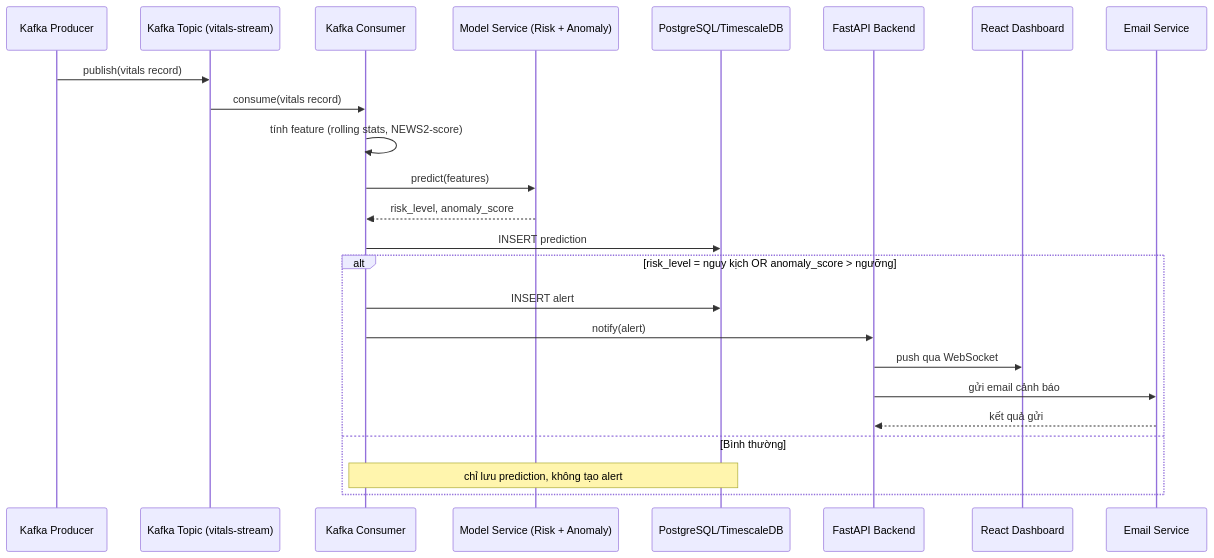
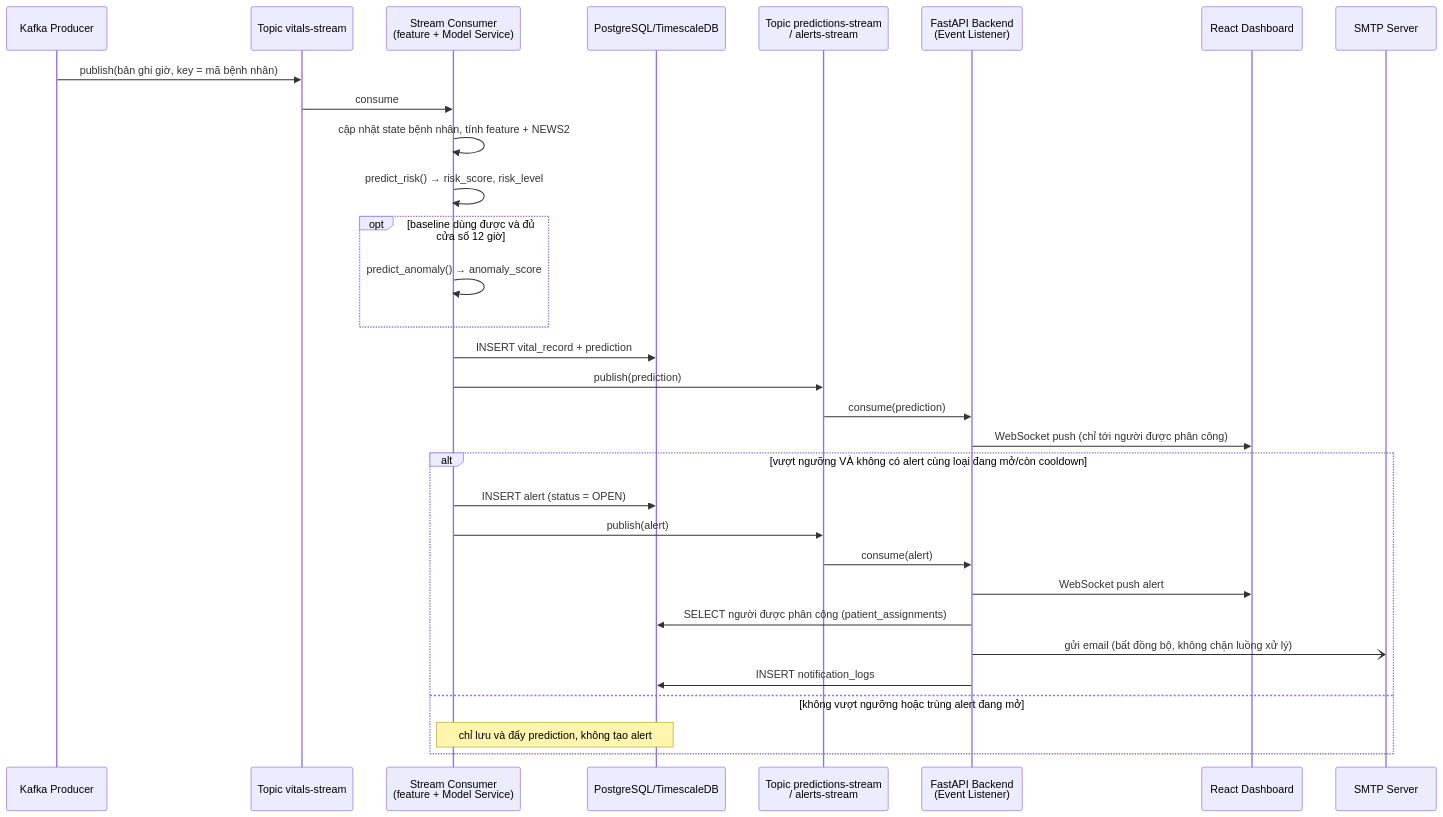
Before and after one commit to MinhNguyen1007/Remote-patient-monitoring-system-using-Streaming-MLOps: the first of 3 diagrams in docs/design/02_4_sequence.md, drawn with Mermaid. The commit also changed other lines of this file and 21 other files, not shown here.

````diff
--- a/docs/design/02_4_sequence.md
+++ b/docs/design/02_4_sequence.md
@@ -5,27 +5,34 @@
 ```mermaid
 sequenceDiagram
     participant P as Kafka Producer
-    participant K as Kafka Topic (vitals-stream)
-    participant C as Kafka Consumer
-    participant M as Model Service (Risk + Anomaly)
+    participant KV as Topic vitals-stream
+    participant C as Stream Consumer<br/>(feature + Model Service)
     participant DB as PostgreSQL/TimescaleDB
-    participant BE as FastAPI Backend
+    participant KE as Topic predictions-stream<br/>/ alerts-stream
+    participant BE as FastAPI Backend<br/>(Event Listener)
     participant FE as React Dashboard
-    participant Mail as Email Service
+    participant Mail as SMTP Server
 
-    P->>K: publish(vitals record)
-    K->>C: consume(vitals record)
-    C->>C: tính feature (rolling stats, NEWS2-score)
-    C->>M: predict(features)
-    M-->>C: risk_level, anomaly_score
-    C->>DB: INSERT prediction
-    alt risk_level = nguy kịch OR anomaly_score > ngưỡng
-        C->>DB: INSERT alert
-        C->>BE: notify(alert)
-        BE->>FE: push qua WebSocket
-        BE->>Mail: gửi email cảnh báo
-        Mail-->>BE: kết quả gửi
-    else Bình thường
-        Note over C,DB: chỉ lưu prediction, không tạo alert
+    P->>KV: publish(bản ghi giờ, key = mã bệnh nhân)
+    KV->>C: consume
+    C->>C: cập nhật state bệnh nhân, tính feature + NEWS2
+    C->>C: predict_risk() → risk_score, risk_level
+    opt baseline dùng được và đủ cửa sổ 12 giờ
+        C->>C: predict_anomaly() → anomaly_score
+    end
+    C->>DB: INSERT vital_record + prediction
+    C->>KE: publish(prediction)
+    KE->>BE: consume(prediction)
+    BE->>FE: WebSocket push (chỉ tới người được phân công)
+    alt vượt ngưỡng VÀ không có alert cùng loại đang mở/còn cooldown
+        C->>DB: INSERT alert (status = OPEN)
+        C->>KE: publish(alert)
+        KE->>BE: consume(alert)
+        BE->>FE: WebSocket push alert
+        BE->>DB: SELECT người được phân công (patient_assignments)
+        BE-)Mail: gửi email (bất đồng bộ, không chặn luồng xử lý)
+        BE->>DB: INSERT notification_logs
+    else không vượt ngưỡng hoặc trùng alert đang mở
+        Note over C,DB: chỉ lưu và đẩy prediction, không tạo alert
     end
 ```
````
